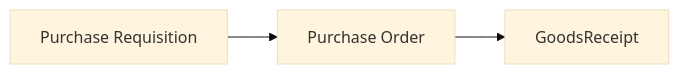
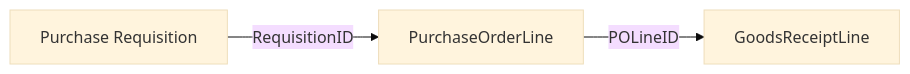
Before and after one commit to mmcodesso/CharlesRiver_Database: the third of 5 diagrams in docs/processes/p2p.md, drawn with Mermaid (base theme). The commit also changed other lines of this file and 66 other files, not shown here.

````diff
--- a/docs/processes/p2p.md
+++ b/docs/processes/p2p.md
@@ -245,10 +245,11 @@
 ```mermaid
 flowchart LR
     accTitle: Purchase request order and receipt
-    accDescr: Purchase requisition connects to purchase order and goods receipt.
+    accDescr: Solid arrows label stored requisition and purchase-order-line keys. Headers supply document context through their line keys.
     PR[Purchase Requisition]
-    PO[Purchase Order]
-    GR[GoodsReceipt]
+    PO[PurchaseOrderLine]
+    GR[GoodsReceiptLine]
 
-    PR --> PO -->  GR
+    PR -->|RequisitionID| PO
+    PO -->|POLineID| GR
 ```
````
